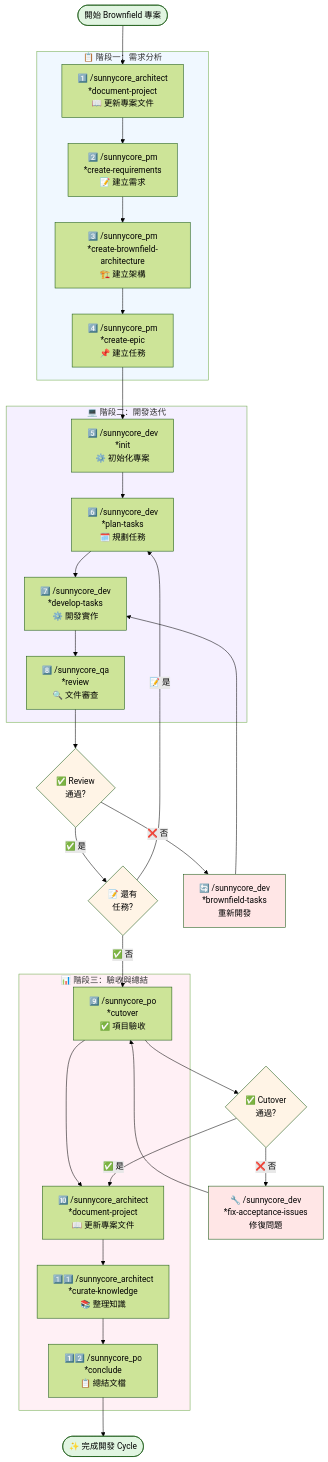
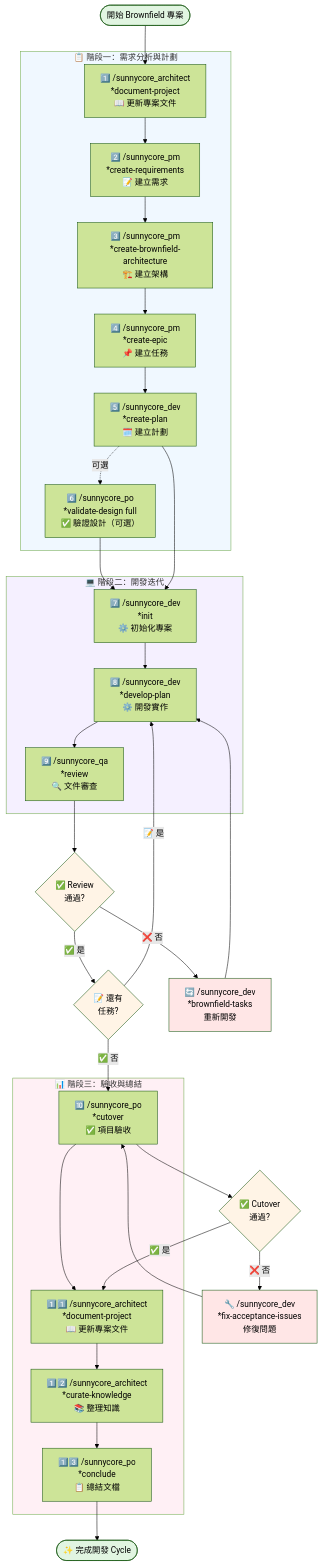
Before and after one commit to Yamiyorunoshura/sunnycore: the third of 3 diagrams in claude code/README.md, drawn with Mermaid (forest theme). The commit also changed other lines of this file and 28 other files, not shown here.

````diff
--- a/claude code/README.md
+++ b/claude code/README.md
@@ -328,61 +334,64 @@
 ```mermaid
 flowchart TD
     Start([開始 Brownfield 專案]) --> A0
     
-    subgraph Phase1 ["📋 階段一：需求分析"]
+    subgraph Phase1 ["📋 階段一：需求分析與計劃"]
         A0["1️⃣ /sunnycore_architect<br/>*document-project<br/>📖 更新專案文件"]
         A1["2️⃣ /sunnycore_pm<br/>*create-requirements<br/>📝 建立需求"]
         A2["3️⃣ /sunnycore_pm<br/>*create-brownfield-architecture<br/>🏗️ 建立架構"]
         A3["4️⃣ /sunnycore_pm<br/>*create-epic<br/>📌 建立任務"]
-        A0 --> A1 --> A2 --> A3
+        A4["5️⃣ /sunnycore_dev<br/>*create-plan<br/>🗓️ 建立計劃"]
+        A5["6️⃣ /sunnycore_po<br/>*validate-design full<br/>✅ 驗證設計（可選）"]
+        A0 --> A1 --> A2 --> A3 --> A4
+        A4 -.->|"可選"| A5
     end
     
     subgraph Phase2 ["💻 階段二：開發迭代"]
-        B0["5️⃣ /sunnycore_dev<br/>*init<br/>⚙️ 初始化專案"]
-        B1["6️⃣ /sunnycore_dev<br/>*plan-tasks<br/>🗓️ 規劃任務"]
-        B2["7️⃣ /sunnycore_dev<br/>*develop-tasks<br/>⚙️ 開發實作"]
-        B3["8️⃣ /sunnycore_qa<br/>*review<br/>🔍 文件審查"]
-        B0 --> B1 --> B2 --> B3
+        B0["7️⃣ /sunnycore_dev<br/>*init<br/>⚙️ 初始化專案"]
+        B1["8️⃣ /sunnycore_dev<br/>*develop-plan<br/>⚙️ 開發實作"]
+        B2["9️⃣ /sunnycore_qa<br/>*review<br/>🔍 文件審查"]
+        B0 --> B1 --> B2
     end
     
     D1{"✅ Review<br/>通過?"}
     D2{"📝 還有<br/>任務?"}
     R1["🔄 /sunnycore_dev<br/>*brownfield-tasks<br/>重新開發"]
     
     subgraph Phase3 ["📊 階段三：驗收與總結"]
-        C0["9️⃣ /sunnycore_po<br/>*cutover<br/>✅ 項目驗收"]
-        C1["🔟 /sunnycore_architect<br/>*document-project<br/>📖 更新專案文件"]
-        C2["1️⃣1️⃣ /sunnycore_architect<br/>*curate-knowledge<br/>📚 整理知識"]
-        C3["1️⃣2️⃣ /sunnycore_po<br/>*conclude<br/>📋 總結文檔"]
+        C0["🔟 /sunnycore_po<br/>*cutover<br/>✅ 項目驗收"]
+        C1["1️⃣1️⃣ /sunnycore_architect<br/>*document-project<br/>📖 更新專案文件"]
+        C2["1️⃣2️⃣ /sunnycore_architect<br/>*curate-knowledge<br/>📚 整理知識"]
+        C3["1️⃣3️⃣ /sunnycore_po<br/>*conclude<br/>📋 總結文檔"]
         C0 --> C1 --> C2 --> C3
     end
     
     D3{"✅ Cutover<br/>通過?"}
     R2["🔧 /sunnycore_dev<br/>*fix-acceptance-issues<br/>修復問題"]
     
     Done([✨ 完成開發 Cycle])
     
-    A3 --> B0
-    B3 --> D1
+    A5 --> B0
+    A4 --> B0
+    B2 --> D1
     D1 -->|"❌ 否"| R1
-    R1 --> B2
+    R1 --> B1
     D1 -->|"✅ 是"| D2
     D2 -->|"📝 是"| B1
     D2 -->|"✅ 否"| C0
     C0 --> D3
     D3 -->|"❌ 否"| R2
     R2 --> C0
     D3 -->|"✅ 是"| C1
     C3 --> Done
     
     style Start fill:#e1f5e1
     style Done fill:#e1f5e1
     style D1 fill:#fff4e6
     style D2 fill:#fff4e6
     style D3 fill:#fff4e6
     style R1 fill:#ffe6e6
     style R2 fill:#ffe6e6
     style Phase1 fill:#f0f8ff
     style Phase2 fill:#f5f0ff
     style Phase3 fill:#fff0f5
 ```
````
